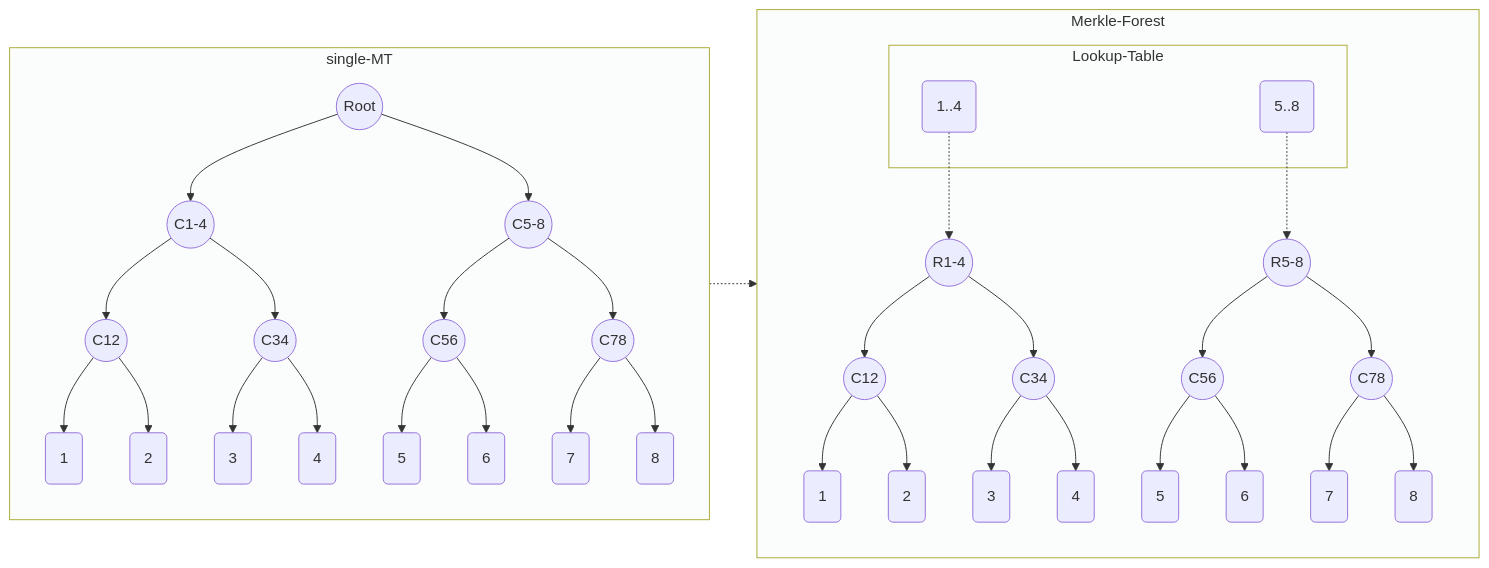
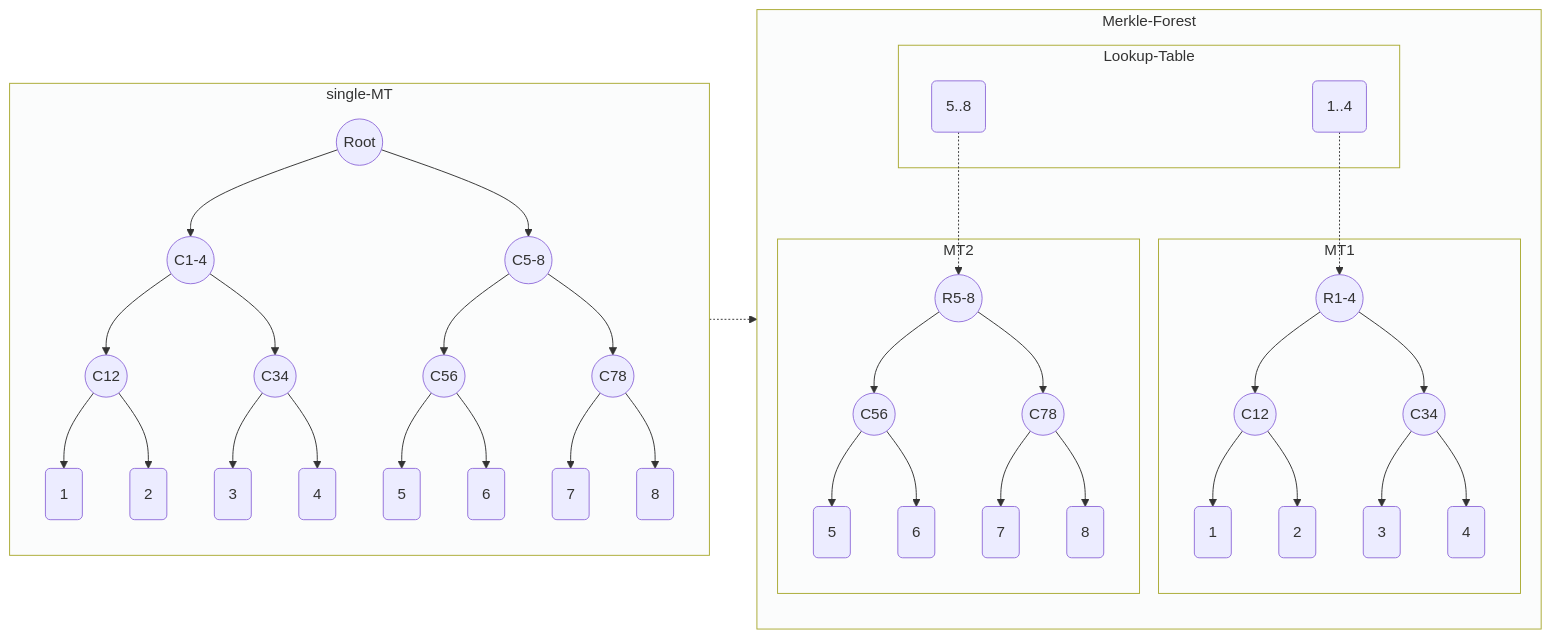
One commit to Poseidon-ZKP/merkle-forest changed the diagram in README.md. Above: the diagram before and after it, drawn with Mermaid. The commit also changed other lines of this file and 1 other file, not shown here.

Commit message:
refine doc

````diff
--- a/README.md
+++ b/README.md
@@ -32,33 +32,41 @@
 ```mermaid
     flowchart LR;
         style single-MT fill:#FBFCFC
         style Merkle-Forest fill:#FBFCFC
         style Lookup-Table fill:#FBFCFC
+        style MT1 fill:#FBFCFC
+        style MT2 fill:#FBFCFC
         subgraph single-MT
             R((Root))-->C1234 & C5678;
             C1234((C1-4)) --> C12((C12)) & C34((C34));
             C5678((C5-8)) --> C56((C56)) & C78((C78));
             C12-->L1(1) & L2(2)
             C34-->L3(3) & L4(4)
             C56-->L5(5) & L6(6)
             C78-->L7(7) & L8(8)
         end
 
         subgraph Merkle-Forest
             subgraph Lookup-Table
                 LT1(1..4)
                 LT5(5..8)
             end
             LT1 -.-> FC1234;
             LT5 -.-> FC5678;
-            FC1234((R1-4)) --> FC12((C12)) & FC34((C34));
-            FC5678((R5-8)) --> FC56((C56)) & FC78((C78));
-            FC12-->FL1(1) & FL2(2)
-            FC34-->FL3(3) & FL4(4)
-            FC56-->FL5(5) & FL6(6)
-            FC78-->FL7(7) & FL8(8)
+
+            subgraph MT1
+                FC1234((R1-4)) --> FC12((C12)) & FC34((C34));
+                FC12-->FL1(1) & FL2(2)
+                FC34-->FL3(3) & FL4(4)
+            end
+
+            subgraph MT2
+                FC5678((R5-8)) --> FC56((C56)) & FC78((C78));
+                FC56-->FL5(5) & FL6(6)
+                FC78-->FL7(7) & FL8(8)
+            end
         end
 
         single-MT -.-> Merkle-Forest
 
 ```
````
